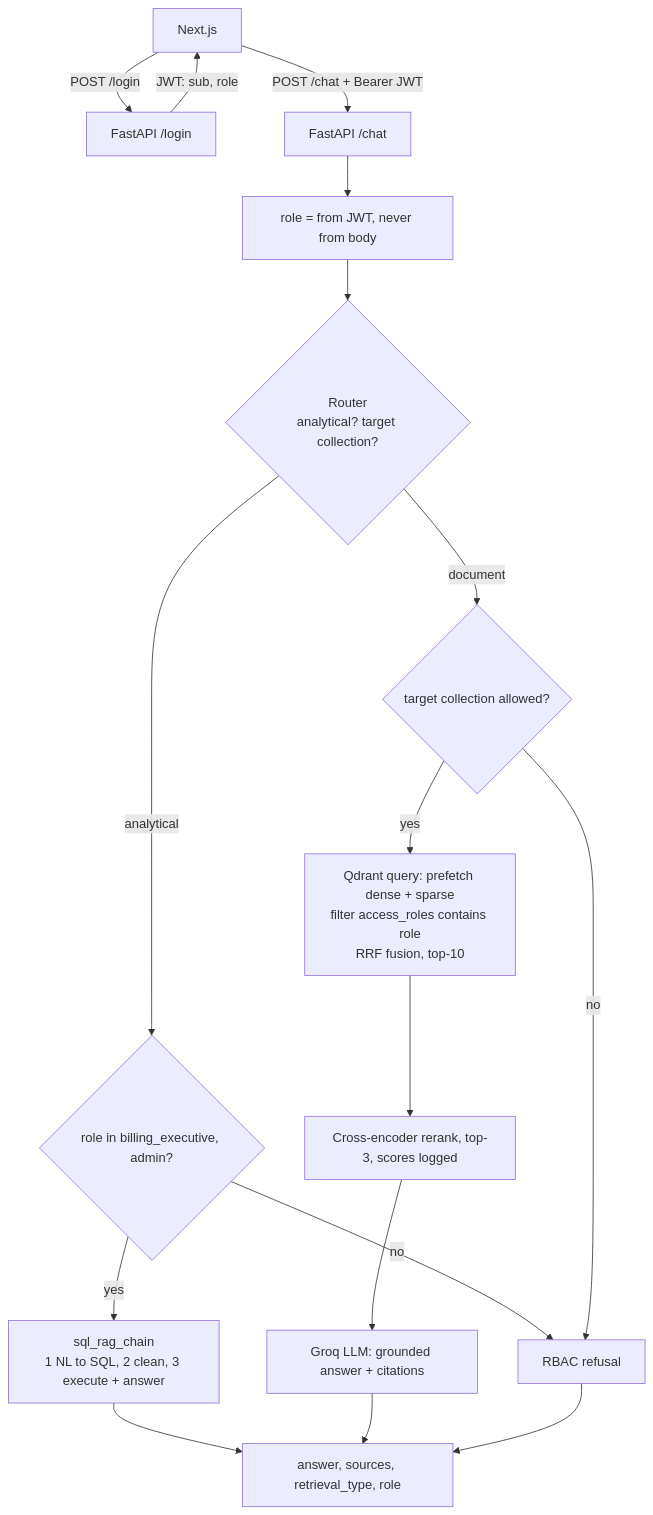
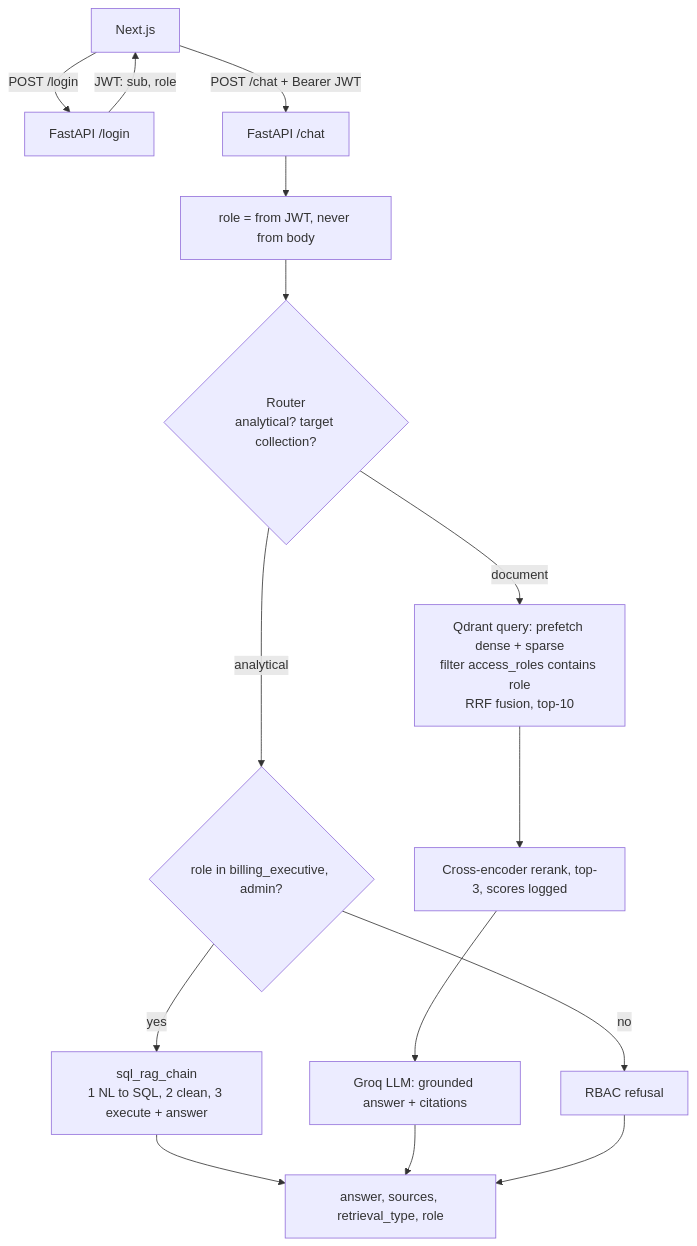
Before and after one commit to Nainagerwani07/medibot-advanced-rag: the second of 2 diagrams in docs/ARCHITECTURE.md, drawn with Mermaid. The commit also changed 9 other files, not shown here.

````diff
--- a/docs/ARCHITECTURE.md
+++ b/docs/ARCHITECTURE.md
@@ -28,19 +28,17 @@
 ```mermaid
 flowchart TD
     UI[Next.js] -->|POST /login| L[FastAPI /login]
     L -->|JWT: sub, role| UI
     UI -->|POST /chat + Bearer JWT| C[FastAPI /chat]
     C --> R0[role = from JWT, never from body]
     R0 --> RT{Router<br/>analytical? target collection?}
     RT -->|analytical| S1{role in billing_executive, admin?}
     S1 -->|no| X[RBAC refusal]
     S1 -->|yes| SQL[sql_rag_chain<br/>1 NL to SQL, 2 clean, 3 execute + answer]
-    RT -->|document| P{target collection allowed?}
-    P -->|no| X
-    P -->|yes| H["Qdrant query: prefetch dense + sparse<br/>filter access_roles contains role<br/>RRF fusion, top-10"]
+    RT -->|document| H["Qdrant query: prefetch dense + sparse<br/>filter access_roles contains role<br/>RRF fusion, top-10"]
     H --> RR[Cross-encoder rerank, top-3, scores logged]
     RR --> LLM[Groq LLM: grounded answer + citations]
     SQL --> OUT["answer, sources, retrieval_type, role"]
     LLM --> OUT
     X --> OUT
 ```
````
